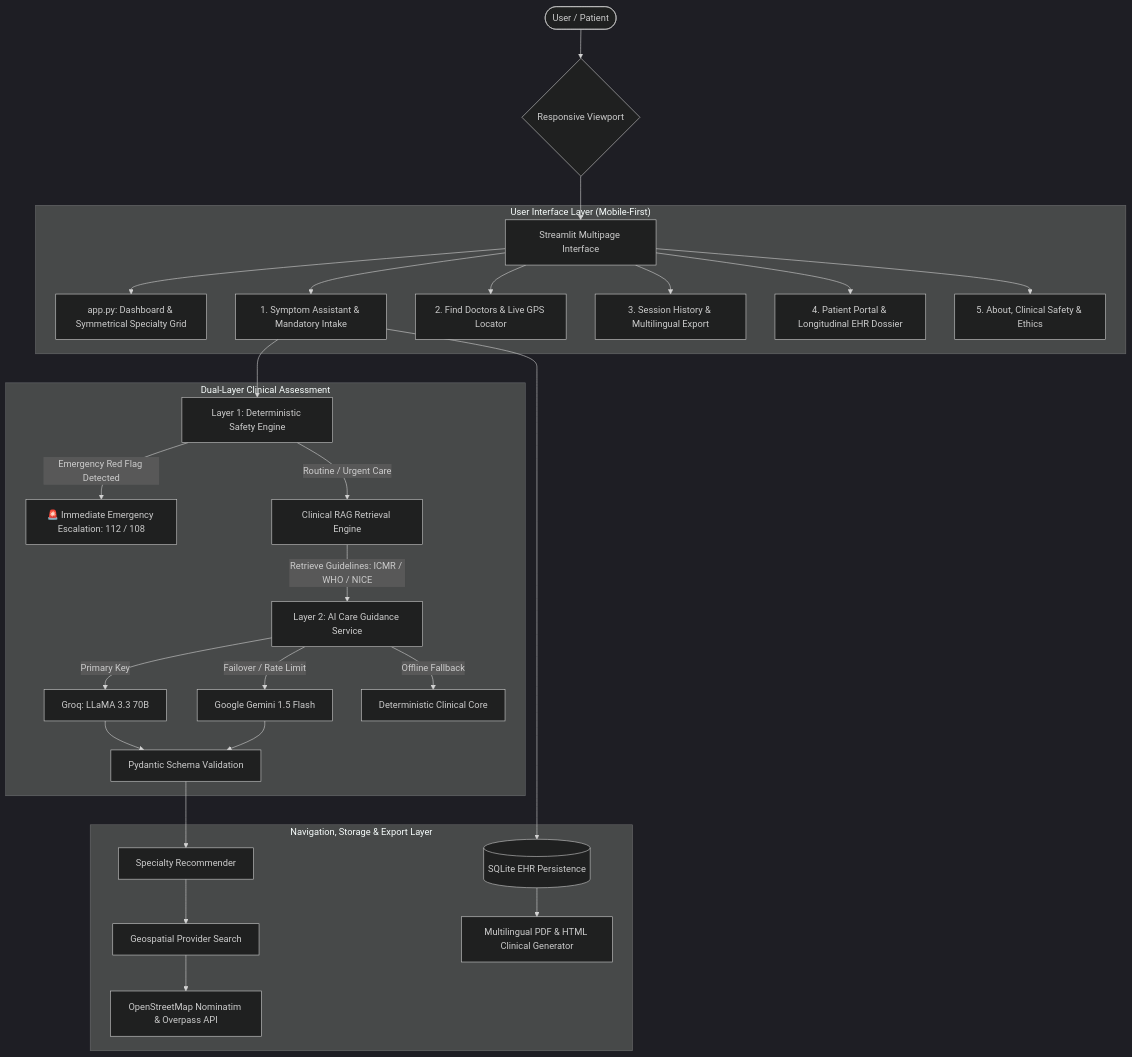
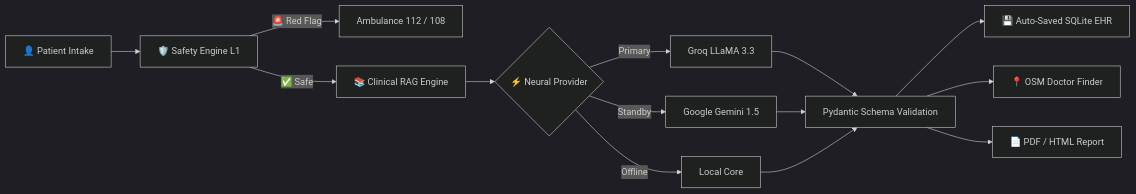
One commit to Shariqueperwez/mediguide-ai changed the diagram in README.md. Above: the diagram before and after it, drawn with Mermaid (dark theme). The commit also changed other lines of this file, not shown here.

````diff
--- a/README.md
+++ b/README.md
@@ -61,34 +128,16 @@
 ```mermaid
-flowchart TD
-    User([User / Patient]) --> MobileDesktop{Responsive Viewport}
-    MobileDesktop --> UI[Streamlit Multipage Interface]
-
-    subgraph Frontend["User Interface Layer (Mobile-First)"]
-        UI --> P_Home[app.py: Dashboard & Symmetrical Specialty Grid]
-        UI --> P_Symptom[1. Symptom Assistant & Mandatory Intake]
-        UI --> P_Doctors[2. Find Doctors & Live GPS Locator]
-        UI --> P_History[3. Session History & Multilingual Export]
-        UI --> P_Portal[4. Patient Portal & Longitudinal EHR Dossier]
-        UI --> P_About[5. About, Clinical Safety & Ethics]
-    end
-
-    subgraph DualSafety["Dual-Layer Clinical Assessment"]
-        P_Symptom --> SafetyEngine[Layer 1: Deterministic Safety Engine]
-        SafetyEngine -->|Emergency Red Flag Detected| TriageEmergency[🚨 Immediate Emergency Escalation: 112 / 108]
-        SafetyEngine -->|Routine / Urgent Care| RAGEngine[Clinical RAG Retrieval Engine]
-        RAGEngine -->|Retrieve Guidelines: ICMR / WHO / NICE| AIService[Layer 2: AI Care Guidance Service]
-        AIService -->|Primary Key| GroqCore[Groq: LLaMA 3.3 70B]
-        AIService -->|Failover / Rate Limit| GeminiCore[Google Gemini 1.5 Flash]
-        AIService -->|Offline Fallback| LocalCore[Deterministic Clinical Core]
-        GroqCore --> PydanticVal[Pydantic Schema Validation]
-        GeminiCore --> PydanticVal
-    end
-
-    subgraph CareNav["Navigation, Storage & Export Layer"]
-        PydanticVal --> SpecialtyRec[Specialty Recommender]
-        SpecialtyRec --> ProviderSearch[Geospatial Provider Search]
-        ProviderSearch --> OSM[OpenStreetMap Nominatim & Overpass API]
-        P_Symptom --> SQLite[(SQLite EHR Persistence)]
-        SQLite --> ReportGen[Multilingual PDF & HTML Clinical Generator]
-    end
+flowchart LR
+    A[👤 Patient Intake] --> B[🛡️ Safety Engine L1]
+    B -->|🚨 Red Flag| C[Ambulance 112 / 108]
+    B -->|✅ Safe| D[📚 Clinical RAG Engine]
+    D --> E{⚡ Neural Provider}
+    E -->|Primary| F[Groq LLaMA 3.3]
+    E -->|Standby| G[Google Gemini 1.5]
+    E -->|Offline| H[Local Core]
+    F --> I[Pydantic Schema Validation]
+    G --> I
+    H --> I
+    I --> J[💾 Auto-Saved SQLite EHR]
+    I --> K[📍 OSM Doctor Finder]
+    I --> L[📄 PDF / HTML Report]
 ```
````
